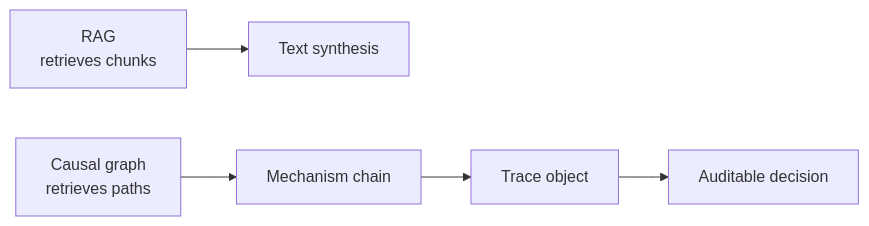
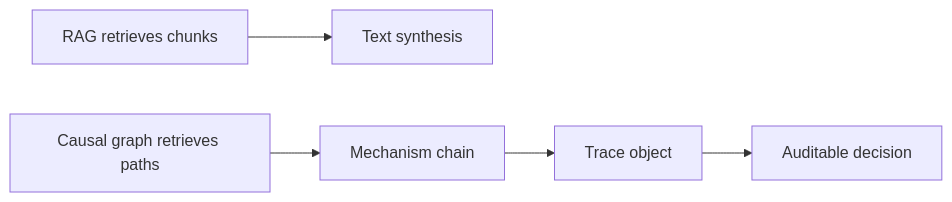
The second of 2 diagrams in docs/methodology/causalgraphrag.md (5Reasons/5reasons.github.io), drawn with Mermaid before and after one commit. The commit also changed 5 other files, not shown here.

Commit message:
Refactor Mermaid diagrams for consistency in syntax and formatting

````diff
--- a/docs/methodology/causalgraphrag.md
+++ b/docs/methodology/causalgraphrag.md
@@ -30,7 +30,7 @@
 ```mermaid
 flowchart LR
-  RAG[RAG\nretrieves chunks] --> TXT[Text synthesis]
-  CG[Causal graph\nretrieves paths] --> PATH[Mechanism chain]
+  RAG["RAG retrieves chunks"] --> TXT["Text synthesis"]
+  CG["Causal graph retrieves paths"] --> PATH["Mechanism chain"]
   PATH --> TRACE[Trace object]
   TRACE --> AUDIT[Auditable decision]
 ```
````
